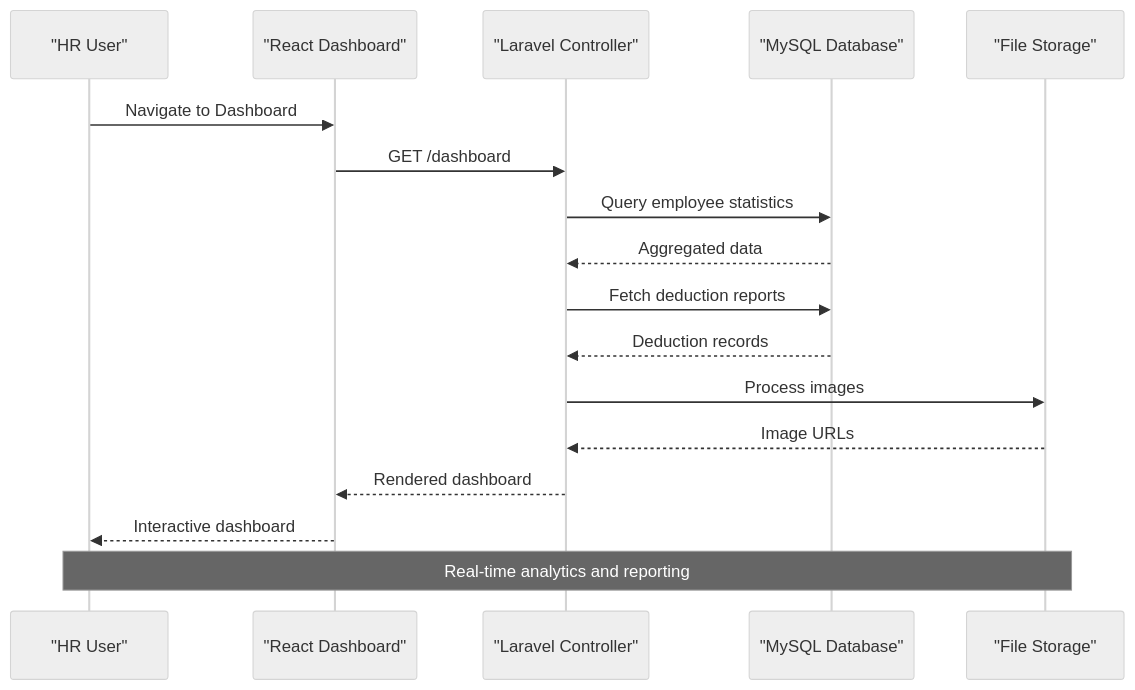
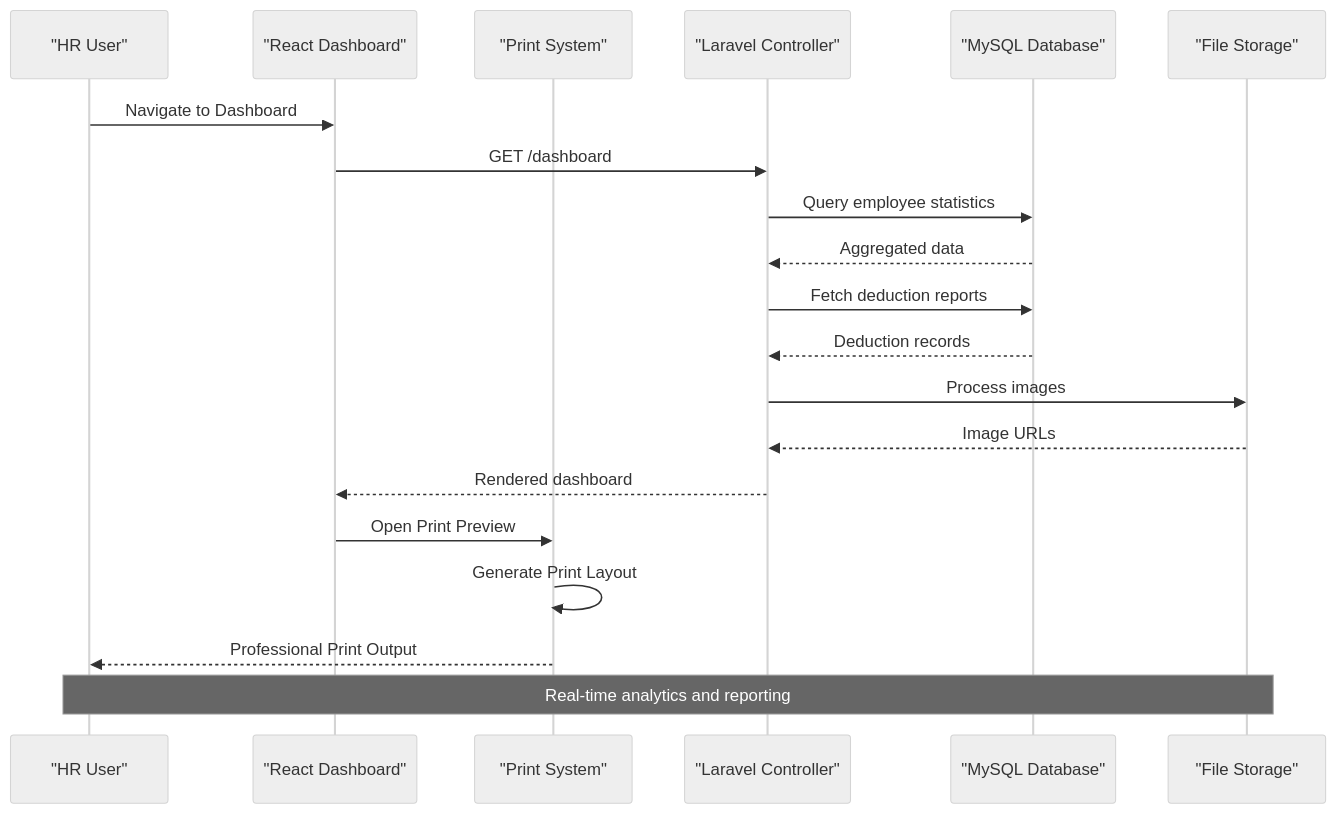
Before and after one commit to vincet0t15/template: the fifth of 11 diagrams in .qoder/repowiki/en/content/Employee Management/Employee Reports Dashboard.md, drawn with Mermaid (neutral theme). The commit also changed other lines of this file and 11 other files, not shown here.

````diff
--- a/.qoder/repowiki/en/content/Employee Management/Employee Reports Dashboard.md
+++ b/.qoder/repowiki/en/content/Employee Management/Employee Reports Dashboard.md
@@ -196,19 +211,22 @@
 ```mermaid
 sequenceDiagram
 participant User as "HR User"
 participant Frontend as "React Dashboard"
+participant PrintSystem as "Print System"
 participant Backend as "Laravel Controller"
 participant Database as "MySQL Database"
 participant Storage as "File Storage"
 User->>Frontend : Navigate to Dashboard
 Frontend->>Backend : GET /dashboard
 Backend->>Database : Query employee statistics
 Database-->>Backend : Aggregated data
 Backend->>Database : Fetch deduction reports
 Database-->>Backend : Deduction records
 Backend->>Storage : Process images
 Storage-->>Backend : Image URLs
 Backend-->>Frontend : Rendered dashboard
-Frontend-->>User : Interactive dashboard
+Frontend->>PrintSystem : Open Print Preview
+PrintSystem->>PrintSystem : Generate Print Layout
+PrintSystem-->>User : Professional Print Output
 Note over User,Storage : Real-time analytics and reporting
 ```
````
